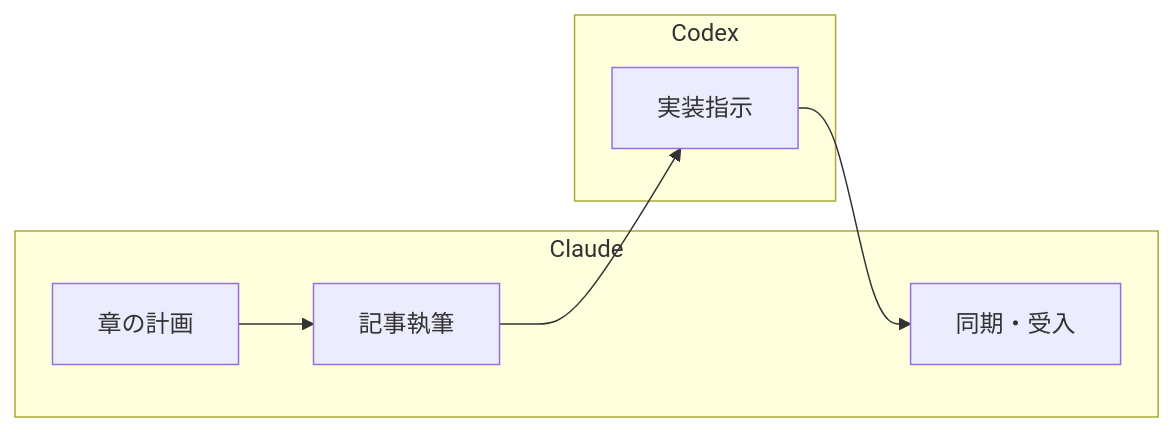
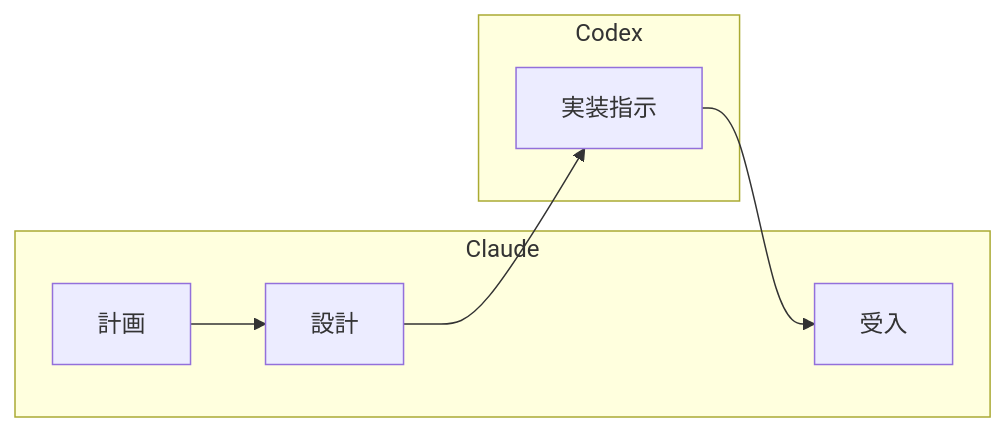
The diagram in .claude/skills/orchestrating-development/SKILL.md (k2works/getting-started-tdd), drawn with Mermaid before and after one commit. The commit also changed other lines of this file and 66 other files, not shown here.

````diff
--- a/.claude/skills/orchestrating-development/SKILL.md
+++ b/.claude/skills/orchestrating-development/SKILL.md
@@ -212,16 +70,14 @@
 ```mermaid
 graph LR
-    A[章の計画] --> B[記事執筆]
+    A[計画] --> B[設計]
     B --> C[実装指示]
-    C --> D[同期・受入]
-
+    C --> D[受入]
     subgraph Claude
     A
     B
     D
     end
-
     subgraph Codex
     C
     end
 ```
````
